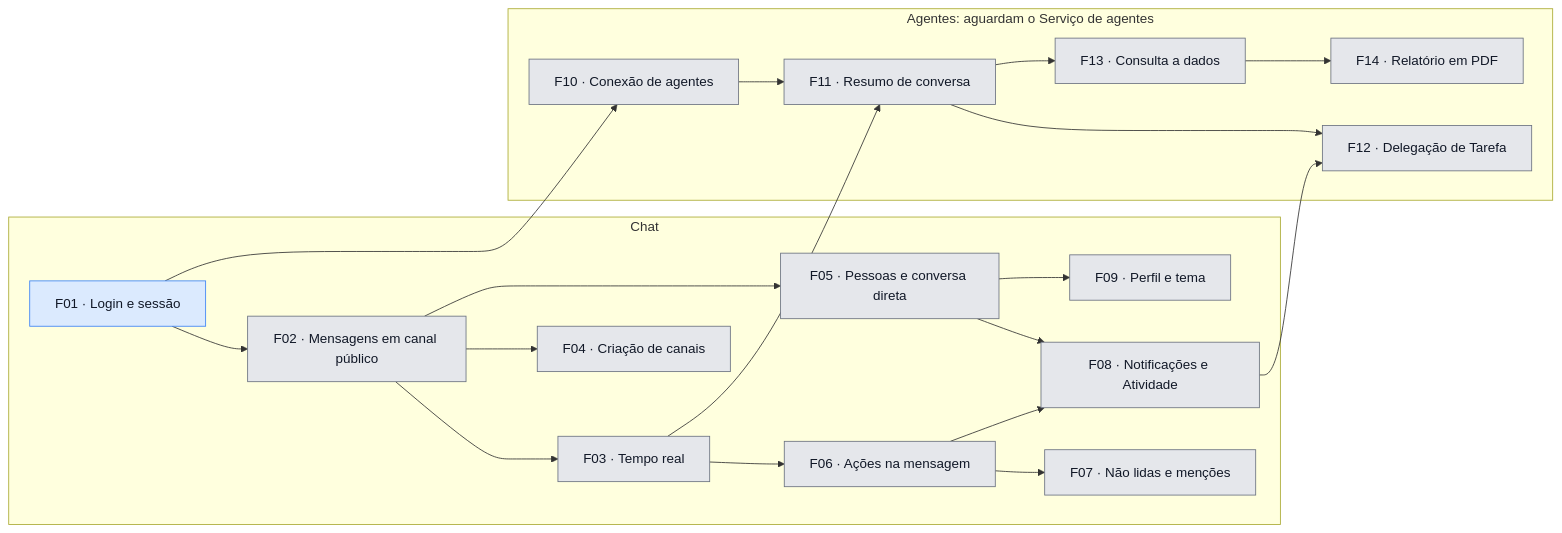
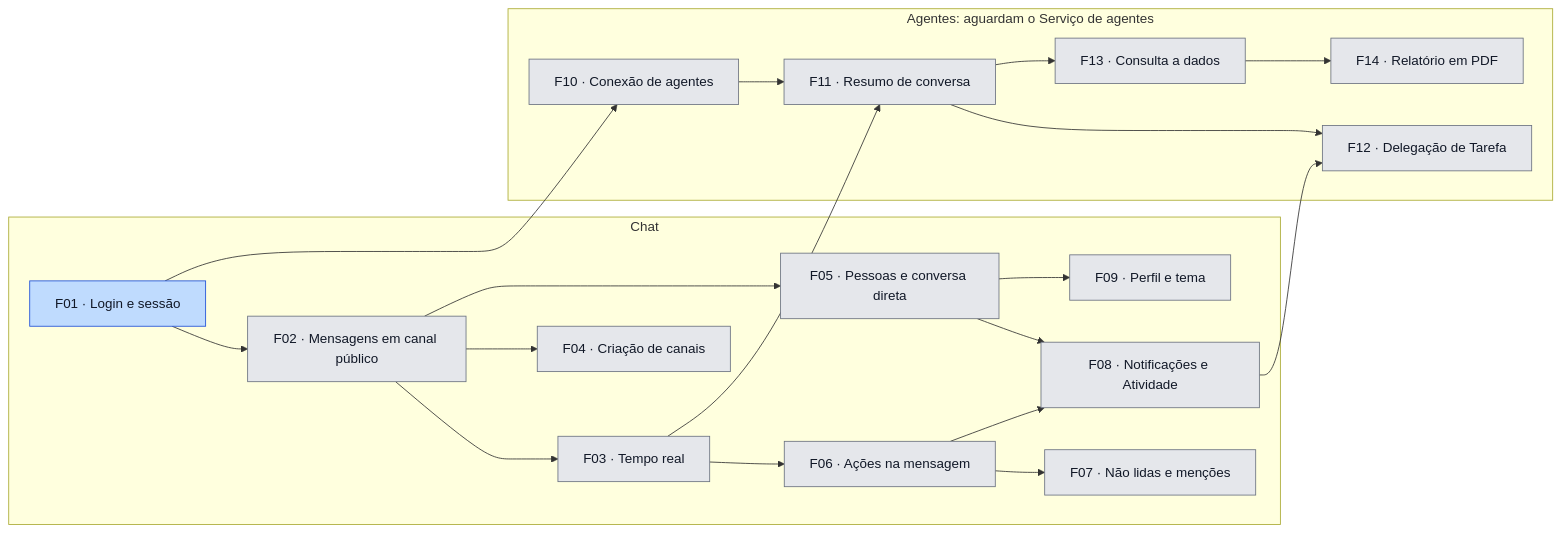
Before and after one commit to 1978bruno/fulldev_SKILL-Agentes-e-MCP-para-vibe-code: the diagram in docs/roadmap.md, drawn with Mermaid. The commit also changed other lines of this file and 13 other files, not shown here.

First line of the commit message:
adicionando a spec e as tarefas da F01 (login e sessão) e marcando-a como spec pronta

````diff
--- a/docs/roadmap.md
+++ b/docs/roadmap.md
@@ -48,48 +48,48 @@
 ```mermaid
 flowchart LR
   subgraph chat ["Chat"]
     F01["F01 · Login e sessão"]
     F02["F02 · Mensagens em canal público"]
     F03["F03 · Tempo real"]
     F04["F04 · Criação de canais"]
     F05["F05 · Pessoas e conversa direta"]
     F06["F06 · Ações na mensagem"]
     F07["F07 · Não lidas e menções"]
     F08["F08 · Notificações e Atividade"]
     F09["F09 · Perfil e tema"]
   end
 
   subgraph agentes ["Agentes: aguardam o Serviço de agentes"]
     F10["F10 · Conexão de agentes"]
     F11["F11 · Resumo de conversa"]
     F12["F12 · Delegação de Tarefa"]
     F13["F13 · Consulta a dados"]
     F14["F14 · Relatório em PDF"]
   end
 
   F01 --> F02
   F02 --> F03
   F02 --> F04
   F02 --> F05
   F03 --> F06
   F06 --> F07
   F05 --> F08
   F06 --> F08
   F05 --> F09
   F01 --> F10
   F03 --> F11
   F10 --> F11
   F08 --> F12
   F11 --> F12
   F11 --> F13
   F13 --> F14
 
   classDef planejada fill:#e5e7eb,stroke:#6b7280,color:#111827
   classDef prdPronto fill:#dbeafe,stroke:#3b82f6,color:#111827
   classDef specPronta fill:#bfdbfe,stroke:#1d4ed8,color:#111827
   classDef emAndamento fill:#fef3c7,stroke:#d97706,color:#111827
   classDef concluida fill:#d1fae5,stroke:#059669,color:#111827
 
-  class F01 prdPronto
+  class F01 specPronta
   class F02,F03,F04,F05,F06,F07,F08,F09,F10,F11,F12,F13,F14 planejada
 ```
````
